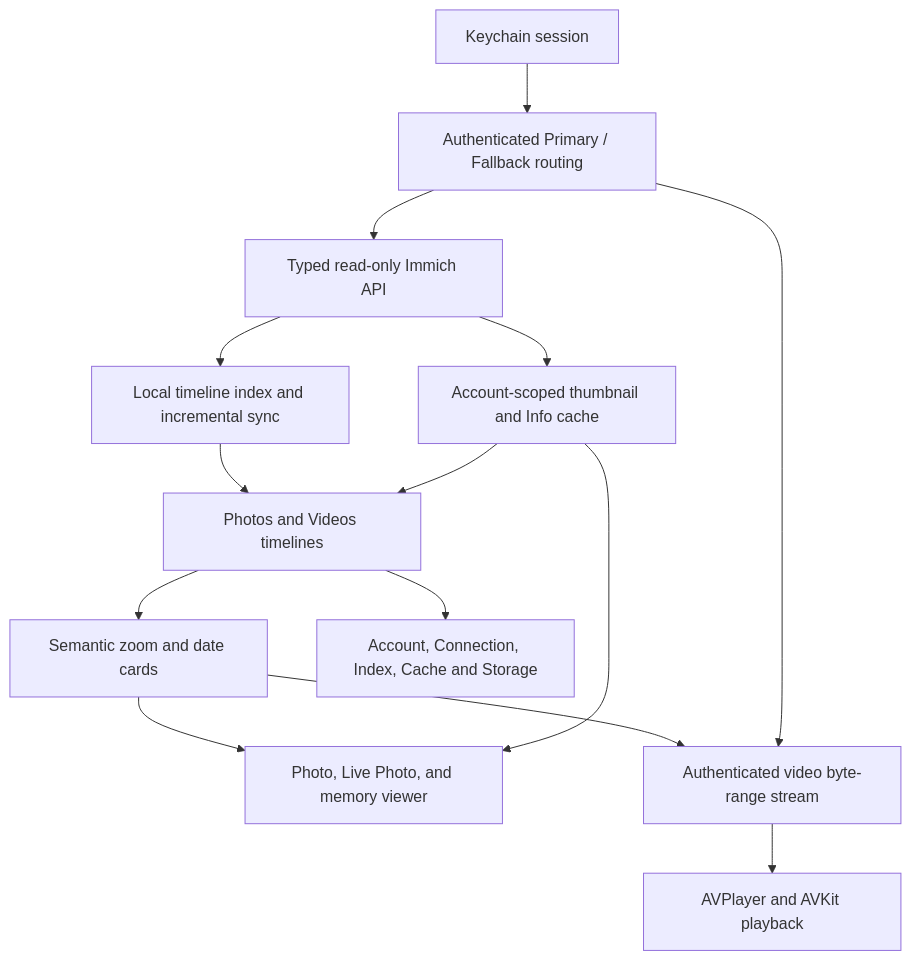
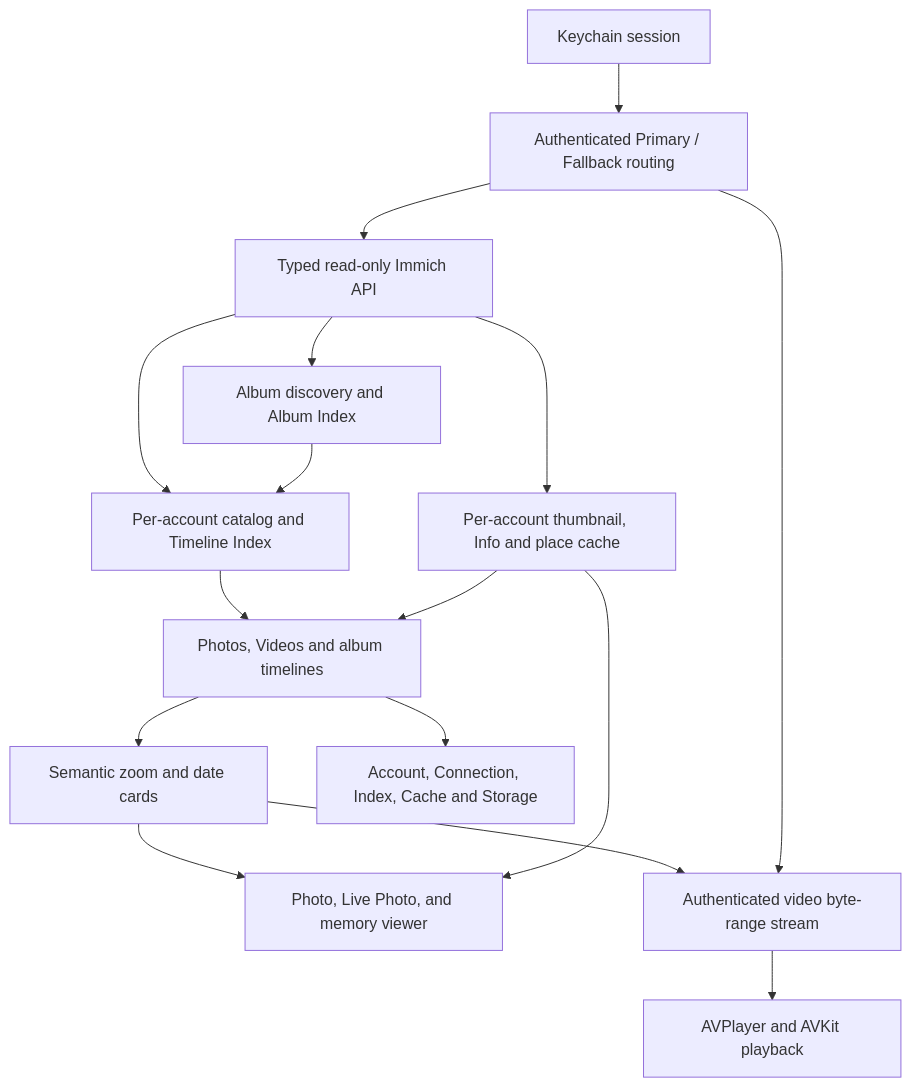
The diagram in CONTRIBUTING.md (Ender-Wang/Remmich), drawn with Mermaid before and after one commit. The commit also changed other lines of this file and 4 other files, not shown here.

Commit message:
docs: sync Albums documentation and clean up the roadmap

````diff
--- a/CONTRIBUTING.md
+++ b/CONTRIBUTING.md
@@ -46,16 +46,18 @@
 ```mermaid
 flowchart TD
     Keychain[Keychain session] --> Routing[Authenticated Primary / Fallback routing]
     Routing --> API[Typed read-only Immich API]
-    API --> Index[Local timeline index and incremental sync]
-    Index --> Timeline[Photos and Videos timelines]
-    API --> Cache[Account-scoped thumbnail and Info cache]
+    API --> Index[Per-account catalog and Timeline Index]
+    API --> Albums[Album discovery and Album Index]
+    Albums --> Index
+    Index --> Timeline[Photos, Videos and album timelines]
+    API --> Cache[Per-account thumbnail, Info and place cache]
     Cache --> Timeline
     Timeline --> Browsing[Semantic zoom and date cards]
     Browsing --> Viewer[Photo, Live Photo, and memory viewer]
     Cache --> Viewer
     Browsing --> Stream[Authenticated video byte-range stream]
     Routing --> Stream
     Stream --> AVKit[AVPlayer and AVKit playback]
     Timeline --> Profile[Account, Connection, Index, Cache and Storage]
 ```
````
